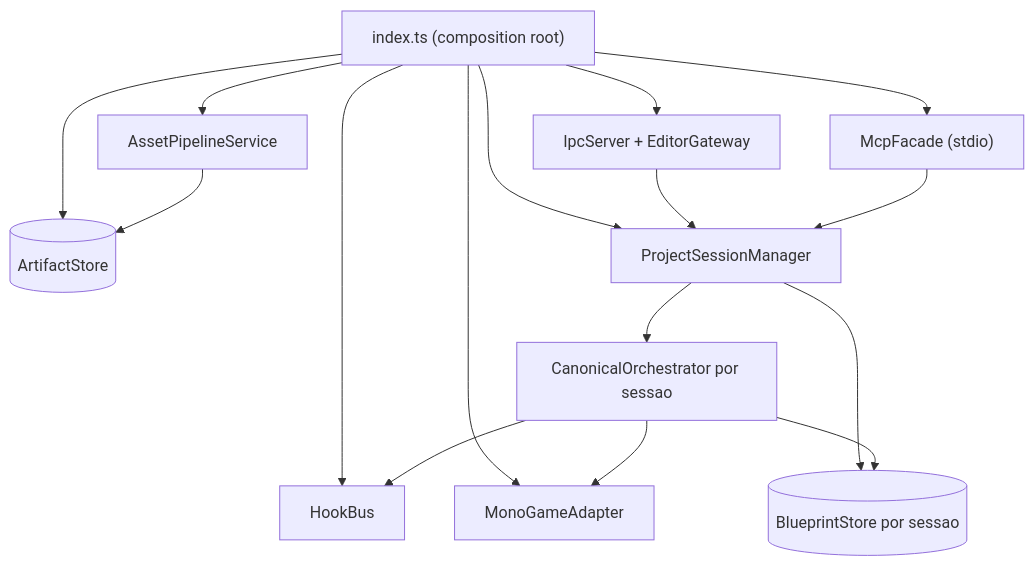
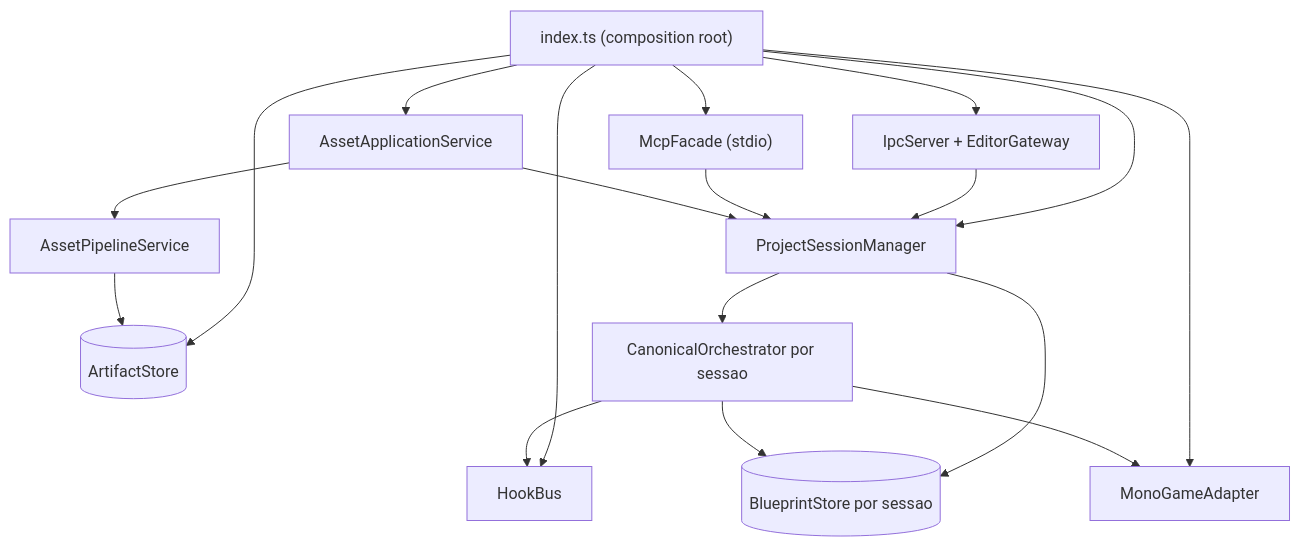
One commit to flaviotinococoutinho/Gridsmith changed the fourth of 4 diagrams in middleware/README.md. Above: the diagram before and after it, drawn with Mermaid. The commit also changed other lines of this file and 61 other files, not shown here.

Commit message:
feat(assets): deliver visual Aseprite pipeline

````diff
--- a/middleware/README.md
+++ b/middleware/README.md
@@ -198,20 +208,22 @@
 ```mermaid
 graph TD
   IDX["index.ts (composition root)"]
   IDX --> HOOKS["HookBus"]
   IDX --> ARTS[("ArtifactStore")]
   IDX --> ADPT["MonoGameAdapter"]
   IDX --> SESS["ProjectSessionManager"]
   SESS --> STORE[("BlueprintStore por sessao")]
   SESS --> ORCH["CanonicalOrchestrator por sessao"]
   IDX --> IPC["IpcServer + EditorGateway"]
   IDX --> MCP["McpFacade (stdio)"]
-  IDX --> ASSETS["AssetPipelineService"]
+  IDX --> ASSETAPP["AssetApplicationService"]
+  ASSETAPP --> ASSETS["AssetPipelineService"]
 
   ORCH --> STORE
   ORCH --> HOOKS
   ORCH --> ADPT
   IPC --> SESS
   MCP --> SESS
   ASSETS --> ARTS
+  ASSETAPP --> SESS
 ```
````
